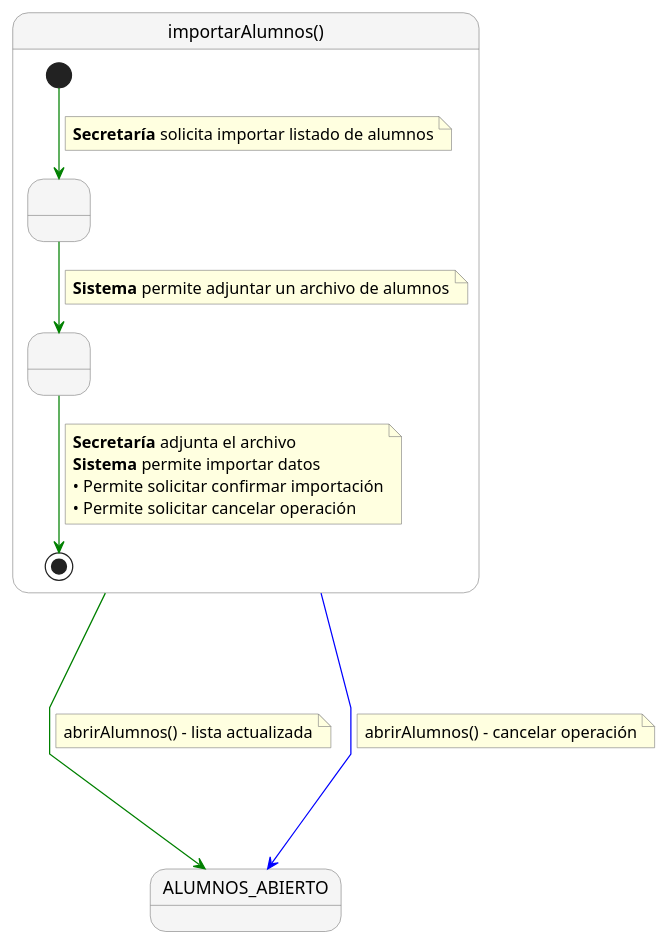
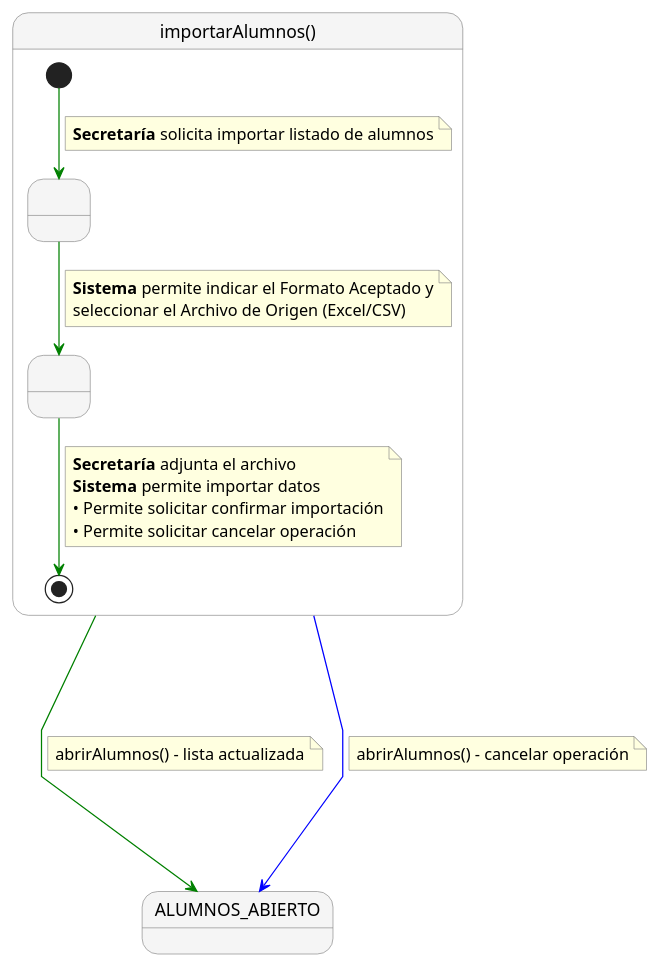
The diagram in documents/CasosDeUso/DetalladoCasosDeUso/Secretaria/importarAlumnos.puml (enmabry/25-26-IdSw1-SdR), drawn with PlantUML before and after one commit. The commit also changed 72 other files, not shown here.

Commit message:
Cambios cruciales en los casos de uso, su detallado, y se agrego un diagrama de contexto en formato "dashboard"

```diff
--- a/documents/CasosDeUso/DetalladoCasosDeUso/Secretaria/importarAlumnos.puml
+++ b/documents/CasosDeUso/DetalladoCasosDeUso/Secretaria/importarAlumnos.puml
@@ -1,45 +1,46 @@
 @startuml
 skinparam nodesep 60
 skinparam ranksep 60
 skinparam linetype polyline
 skinparam NoteBackgroundColor lightyellow
 skinparam NoteBorderColor gray
 skinparam StateBackgroundColor #F5F5F5
 skinparam StateBorderColor gray
 
 state "importarAlumnos()" as importarAlumnos {
    
     state " " as Paso1
     state " " as Paso2
    
     [*] -[#green]-> Paso1
     note on link
       <b>Secretaría</b> solicita importar listado de alumnos
     end note
    
     Paso1 -[#green]-> Paso2
     note on link
-      <b>Sistema</b> permite adjuntar un archivo de alumnos
+      <b>Sistema</b> permite indicar el Formato Aceptado y
+      seleccionar el Archivo de Origen (Excel/CSV)
     end note
    
     Paso2 -[#green]-> [*]
     note on link
       <b>Secretaría</b> adjunta el archivo
       <b>Sistema</b> permite importar datos
       • Permite solicitar confirmar importación
       • Permite solicitar cancelar operación
     end note
 }
 
 state "ALUMNOS_ABIERTO" as ALUMNOS_ABIERTO
 
 importarAlumnos -[#green]---> ALUMNOS_ABIERTO
 note right on link
   abrirAlumnos() - lista actualizada
 end note
 
 importarAlumnos -[#blue]---> ALUMNOS_ABIERTO
 note right on link
   abrirAlumnos() - cancelar operación
 end note
 @enduml
```
